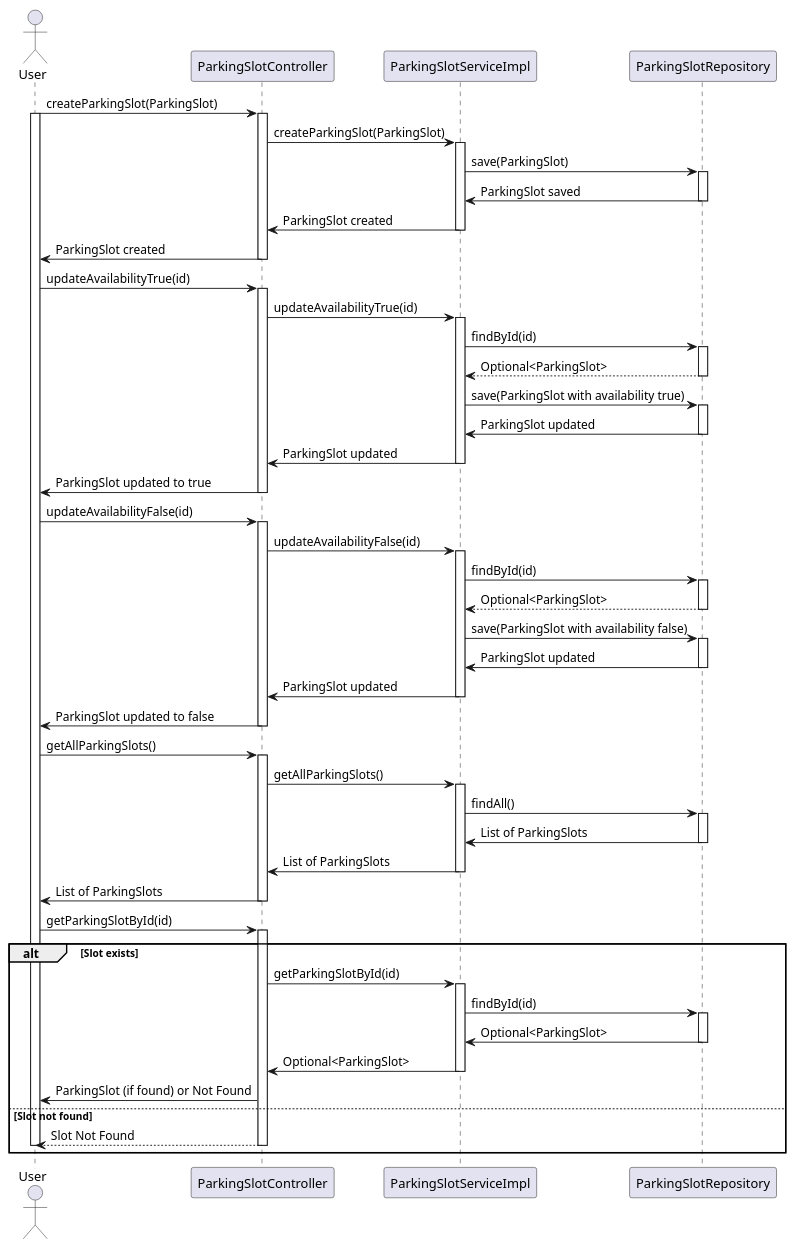
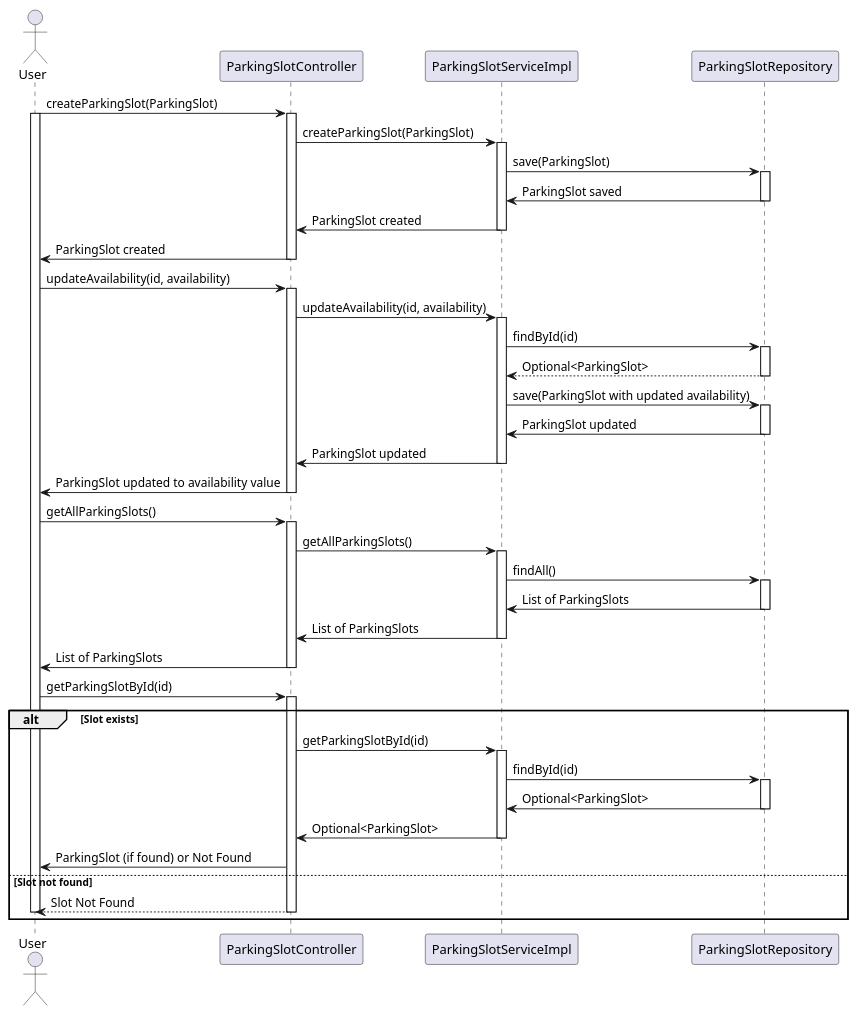
One commit to RakusasuDorea/MicroserviceDemo changed the diagram in parkingslot-service/src/uml/ParkingSlot.puml. Above: the diagram before and after it, drawn with PlantUML. The commit also changed 4 other files, not shown here.

Commit message:
UpdateAvailability and ParkingSlot.puml

```diff
--- a/parkingslot-service/src/uml/ParkingSlot.puml
+++ b/parkingslot-service/src/uml/ParkingSlot.puml
@@ -1,85 +1,68 @@
 @startuml
 actor User
 participant ParkingSlotController
 participant ParkingSlotServiceImpl
 participant ParkingSlotRepository
 
 User -> ParkingSlotController: createParkingSlot(ParkingSlot)
 activate User
 activate ParkingSlotController
 ParkingSlotController -> ParkingSlotServiceImpl: createParkingSlot(ParkingSlot)
 activate ParkingSlotServiceImpl
 ParkingSlotServiceImpl -> ParkingSlotRepository: save(ParkingSlot)
 activate ParkingSlotRepository
 ParkingSlotRepository -> ParkingSlotServiceImpl: ParkingSlot saved
 deactivate ParkingSlotRepository
 ParkingSlotServiceImpl -> ParkingSlotController: ParkingSlot created
 deactivate ParkingSlotServiceImpl
 ParkingSlotController -> User: ParkingSlot created
 deactivate ParkingSlotController
 
-User -> ParkingSlotController: updateAvailabilityTrue(id)
+User -> ParkingSlotController: updateAvailability(id, availability)
 activate ParkingSlotController
-ParkingSlotController -> ParkingSlotServiceImpl: updateAvailabilityTrue(id)
+ParkingSlotController -> ParkingSlotServiceImpl: updateAvailability(id, availability)
 activate ParkingSlotServiceImpl
 ParkingSlotServiceImpl -> ParkingSlotRepository: findById(id)
 activate ParkingSlotRepository
 ParkingSlotRepository --> ParkingSlotServiceImpl: Optional<ParkingSlot>
 deactivate ParkingSlotRepository
-ParkingSlotServiceImpl -> ParkingSlotRepository: save(ParkingSlot with availability true)
+ParkingSlotServiceImpl -> ParkingSlotRepository: save(ParkingSlot with updated availability)
 activate ParkingSlotRepository
 ParkingSlotRepository -> ParkingSlotServiceImpl: ParkingSlot updated
 deactivate ParkingSlotRepository
 ParkingSlotServiceImpl -> ParkingSlotController: ParkingSlot updated
 deactivate ParkingSlotServiceImpl
-ParkingSlotController -> User: ParkingSlot updated to true
-deactivate ParkingSlotController
-
-User -> ParkingSlotController: updateAvailabilityFalse(id)
-activate ParkingSlotController
-ParkingSlotController -> ParkingSlotServiceImpl: updateAvailabilityFalse(id)
-activate ParkingSlotServiceImpl
-ParkingSlotServiceImpl -> ParkingSlotRepository: findById(id)
-activate ParkingSlotRepository
-ParkingSlotRepository --> ParkingSlotServiceImpl: Optional<ParkingSlot>
-deactivate ParkingSlotRepository
-ParkingSlotServiceImpl -> ParkingSlotRepository: save(ParkingSlot with availability false)
-activate ParkingSlotRepository
-ParkingSlotRepository -> ParkingSlotServiceImpl: ParkingSlot updated
-deactivate ParkingSlotRepository
-ParkingSlotServiceImpl -> ParkingSlotController: ParkingSlot updated
-deactivate ParkingSlotServiceImpl
-ParkingSlotController -> User: ParkingSlot updated to false
+ParkingSlotController -> User: ParkingSlot updated to availability value
 deactivate ParkingSlotController
 
 User -> ParkingSlotController: getAllParkingSlots()
 activate ParkingSlotController
 ParkingSlotController -> ParkingSlotServiceImpl: getAllParkingSlots()
 activate ParkingSlotServiceImpl
 ParkingSlotServiceImpl -> ParkingSlotRepository: findAll()
 activate ParkingSlotRepository
 ParkingSlotRepository -> ParkingSlotServiceImpl: List of ParkingSlots
 deactivate ParkingSlotRepository
 ParkingSlotServiceImpl -> ParkingSlotController: List of ParkingSlots
 deactivate ParkingSlotServiceImpl
 ParkingSlotController -> User: List of ParkingSlots
 deactivate ParkingSlotController
 
 User -> ParkingSlotController: getParkingSlotById(id)
 activate ParkingSlotController
 alt Slot exists
 ParkingSlotController -> ParkingSlotServiceImpl: getParkingSlotById(id)
 activate ParkingSlotServiceImpl
 ParkingSlotServiceImpl -> ParkingSlotRepository: findById(id)
 activate ParkingSlotRepository
 ParkingSlotRepository -> ParkingSlotServiceImpl: Optional<ParkingSlot>
 deactivate ParkingSlotRepository
 ParkingSlotServiceImpl -> ParkingSlotController: Optional<ParkingSlot>
 deactivate ParkingSlotServiceImpl
 ParkingSlotController -> User: ParkingSlot (if found) or Not Found
 else Slot not found
 ParkingSlotController --> User: Slot Not Found
 deactivate ParkingSlotController
 deactivate User
 end
 @enduml
```
